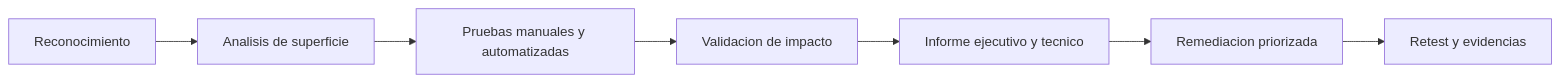
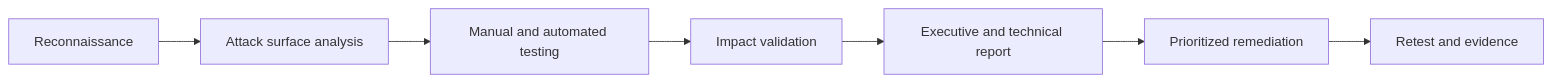
The diagram in README.md (ByPrimitiveLabs/ByPrimitiveLabs), drawn with Mermaid before and after one commit. The commit also changed other lines of this file and 2 other files, not shown here.

````diff
--- a/README.md
+++ b/README.md
@@ -130,9 +130,9 @@
 ```mermaid
 flowchart LR
-  A[Reconocimiento] --> B[Analisis de superficie]
-  B --> C[Pruebas manuales y automatizadas]
-  C --> D[Validacion de impacto]
-  D --> E[Informe ejecutivo y tecnico]
-  E --> F[Remediacion priorizada]
-  F --> G[Retest y evidencias]
+  A[Reconnaissance] --> B[Attack surface analysis]
+  B --> C[Manual and automated testing]
+  C --> D[Impact validation]
+  D --> E[Executive and technical report]
+  E --> F[Prioritized remediation]
+  F --> G[Retest and evidence]
 ```
````
